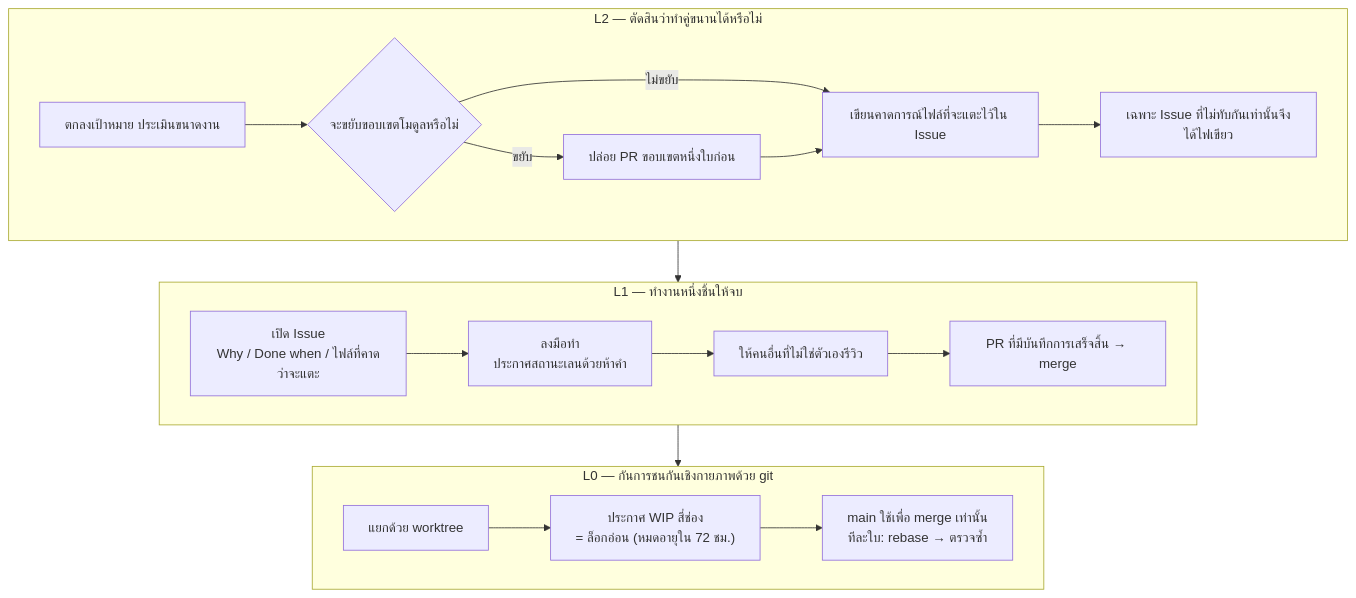
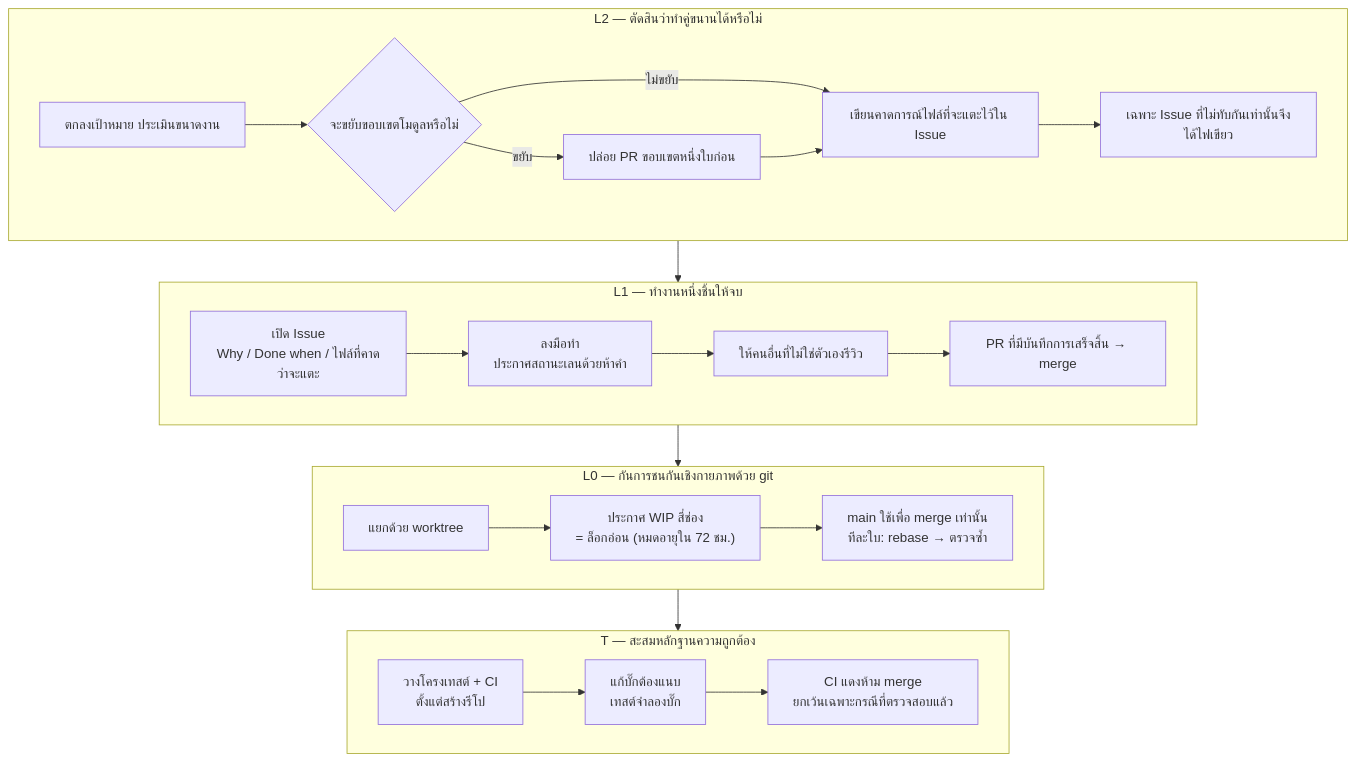
Before and after one commit to caty-ai/family-dev-handbook: the first of 2 diagrams in README.th.md, drawn with Mermaid. The commit also changed other lines of this file and 3 other files, not shown here.

First line of the commit message:
docs(readme): weave T layer into the concept section — diagram T subgraph, 4th bullet, intro sentence (4 languages) (#46)

````diff
--- a/README.th.md
+++ b/README.th.md
@@ -111,17 +111,20 @@
 ```mermaid
 flowchart TB
     subgraph L2["L2 — ตัดสินว่าทำคู่ขนานได้หรือไม่"]
         A1["ตกลงเป้าหมาย ประเมินขนาดงาน"] --> A2{"จะขยับขอบเขตโมดูลหรือไม่"}
         A2 -->|ขยับ| A3["ปล่อย PR ขอบเขตหนึ่งใบก่อน"]
         A2 -->|ไม่ขยับ| A4["เขียนคาดการณ์ไฟล์ที่จะแตะไว้ใน Issue"]
         A3 --> A4
         A4 --> A5["เฉพาะ Issue ที่ไม่ทับกันเท่านั้นจึงได้ไฟเขียว"]
     end
     subgraph L1["L1 — ทำงานหนึ่งชิ้นให้จบ"]
         B1["เปิด Issue<br/>Why / Done when / ไฟล์ที่คาดว่าจะแตะ"] --> B2["ลงมือทำ<br/>ประกาศสถานะเลนด้วยห้าคำ"] --> B3["ให้คนอื่นที่ไม่ใช่ตัวเองรีวิว"] --> B4["PR ที่มีบันทึกการเสร็จสิ้น → merge"]
     end
     subgraph L0["L0 — กันการชนกันเชิงกายภาพด้วย git"]
         C1["แยกด้วย worktree"] --> C2["ประกาศ WIP สี่ช่อง<br/>= ล็อกอ่อน (หมดอายุใน 72 ชม.)"] --> C3["main ใช้เพื่อ merge เท่านั้น<br/>ทีละใบ: rebase → ตรวจซ้ำ"]
     end
-    L2 --> L1 --> L0
+    subgraph T["T — สะสมหลักฐานความถูกต้อง"]
+        D1["วางโครงเทสต์ + CI<br/>ตั้งแต่สร้างรีโป"] --> D2["แก้บั๊กต้องแนบ<br/>เทสต์จำลองบั๊ก"] --> D3["CI แดงห้าม merge<br/>ยกเว้นเฉพาะกรณีที่ตรวจสอบแล้ว"]
+    end
+    L2 --> L1 --> L0 --> T
 ```
````
